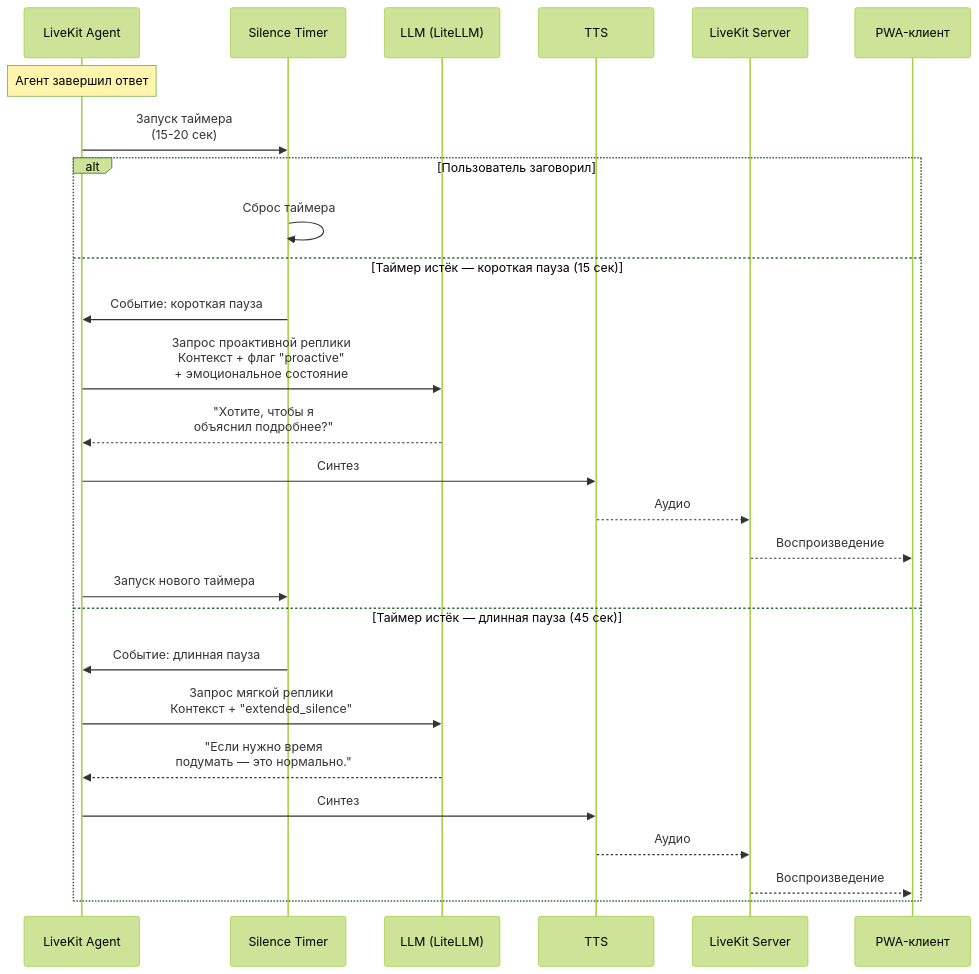
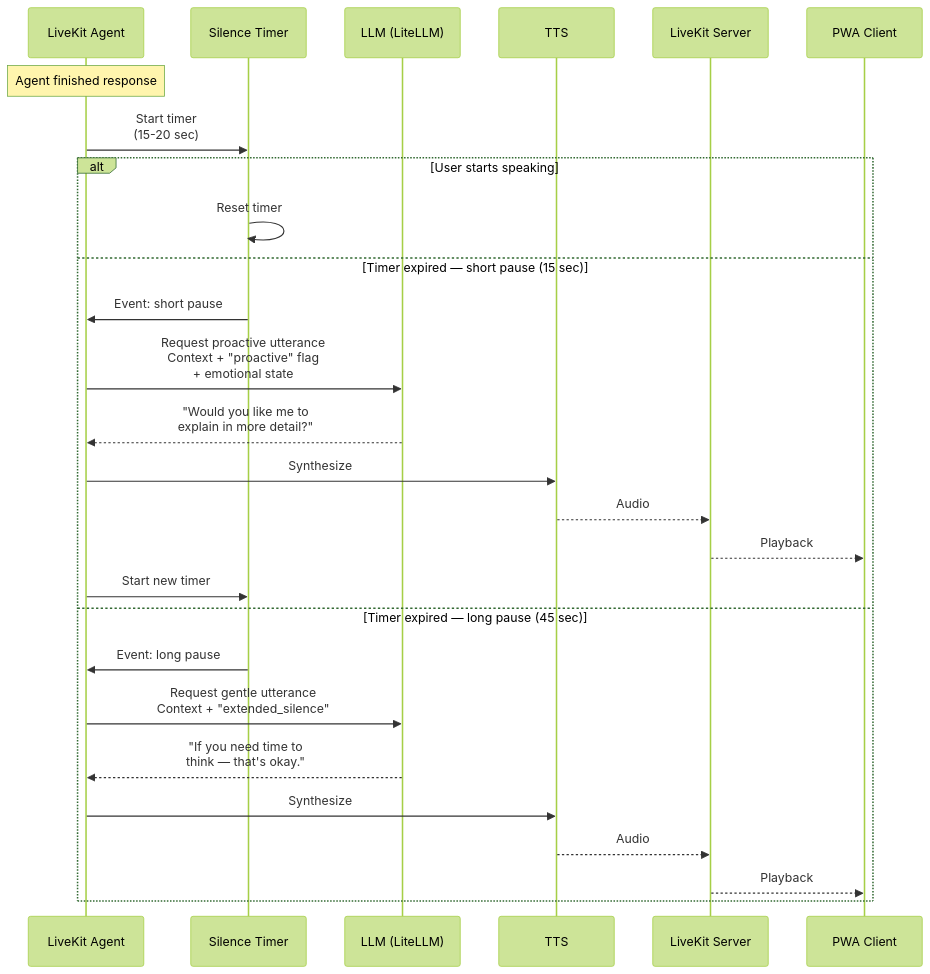
Diagram 13 of 25 in docs/architecture.md (itechmeat/twype-voice), drawn with Mermaid (forest theme) before and after one commit. The commit also changed other lines of this file and 30 other files, not shown here.

````diff
--- a/docs/architecture.md
+++ b/docs/architecture.md
@@ -628,32 +628,32 @@
 ```mermaid
 sequenceDiagram
     participant AG as LiveKit Agent
     participant TIMER as Silence Timer
     participant LLM as LLM (LiteLLM)
     participant TTS as TTS
     participant LK as LiveKit Server
-    participant PWA as PWA-клиент
+    participant PWA as PWA Client
 
-    Note over AG: Агент завершил ответ
+    Note over AG: Agent finished response
 
-    AG->>TIMER: Запуск таймера<br/>(15-20 сек)
+    AG->>TIMER: Start timer<br/>(15-20 sec)
 
-    alt Пользователь заговорил
-        TIMER->>TIMER: Сброс таймера
-    else Таймер истёк — короткая пауза (15 сек)
-        TIMER->>AG: Событие: короткая пауза
-        AG->>LLM: Запрос проактивной реплики<br/>Контекст + флаг "proactive"<br/>+ эмоциональное состояние
-        LLM-->>AG: "Хотите, чтобы я<br/>объяснил подробнее?"
-        AG->>TTS: Синтез
-        TTS-->>LK: Аудио
-        LK-->>PWA: Воспроизведение
-        AG->>TIMER: Запуск нового таймера
-    else Таймер истёк — длинная пауза (45 сек)
-        TIMER->>AG: Событие: длинная пауза
-        AG->>LLM: Запрос мягкой реплики<br/>Контекст + "extended_silence"
-        LLM-->>AG: "Если нужно время<br/>подумать — это нормально."
-        AG->>TTS: Синтез
-        TTS-->>LK: Аудио
-        LK-->>PWA: Воспроизведение
+    alt User starts speaking
+        TIMER->>TIMER: Reset timer
+    else Timer expired — short pause (15 sec)
+        TIMER->>AG: Event: short pause
+        AG->>LLM: Request proactive utterance<br/>Context + "proactive" flag<br/>+ emotional state
+        LLM-->>AG: "Would you like me to<br/>explain in more detail?"
+        AG->>TTS: Synthesize
+        TTS-->>LK: Audio
+        LK-->>PWA: Playback
+        AG->>TIMER: Start new timer
+    else Timer expired — long pause (45 sec)
+        TIMER->>AG: Event: long pause
+        AG->>LLM: Request gentle utterance<br/>Context + "extended_silence"
+        LLM-->>AG: "If you need time to<br/>think — that's okay."
+        AG->>TTS: Synthesize
+        TTS-->>LK: Audio
+        LK-->>PWA: Playback
     end
 ```
````
